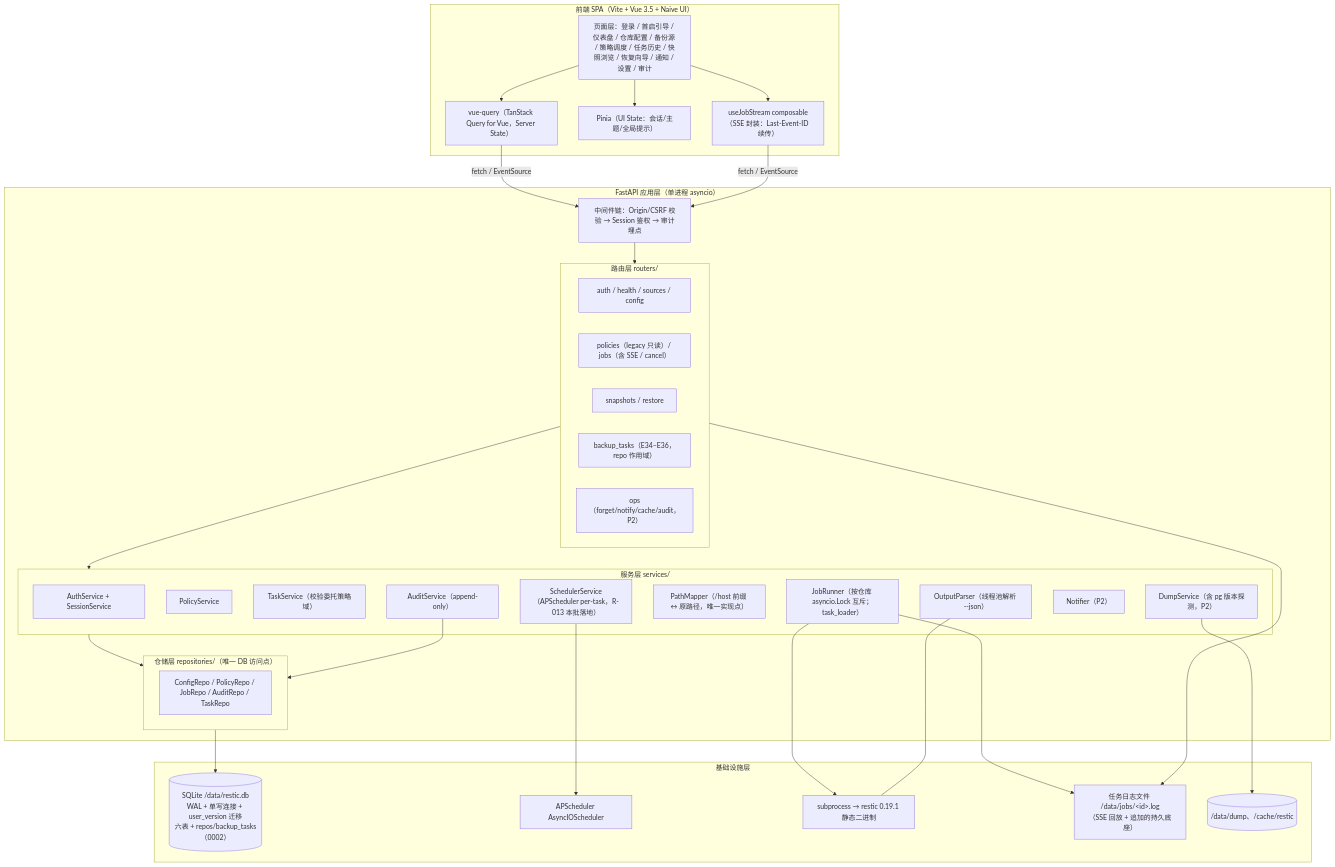
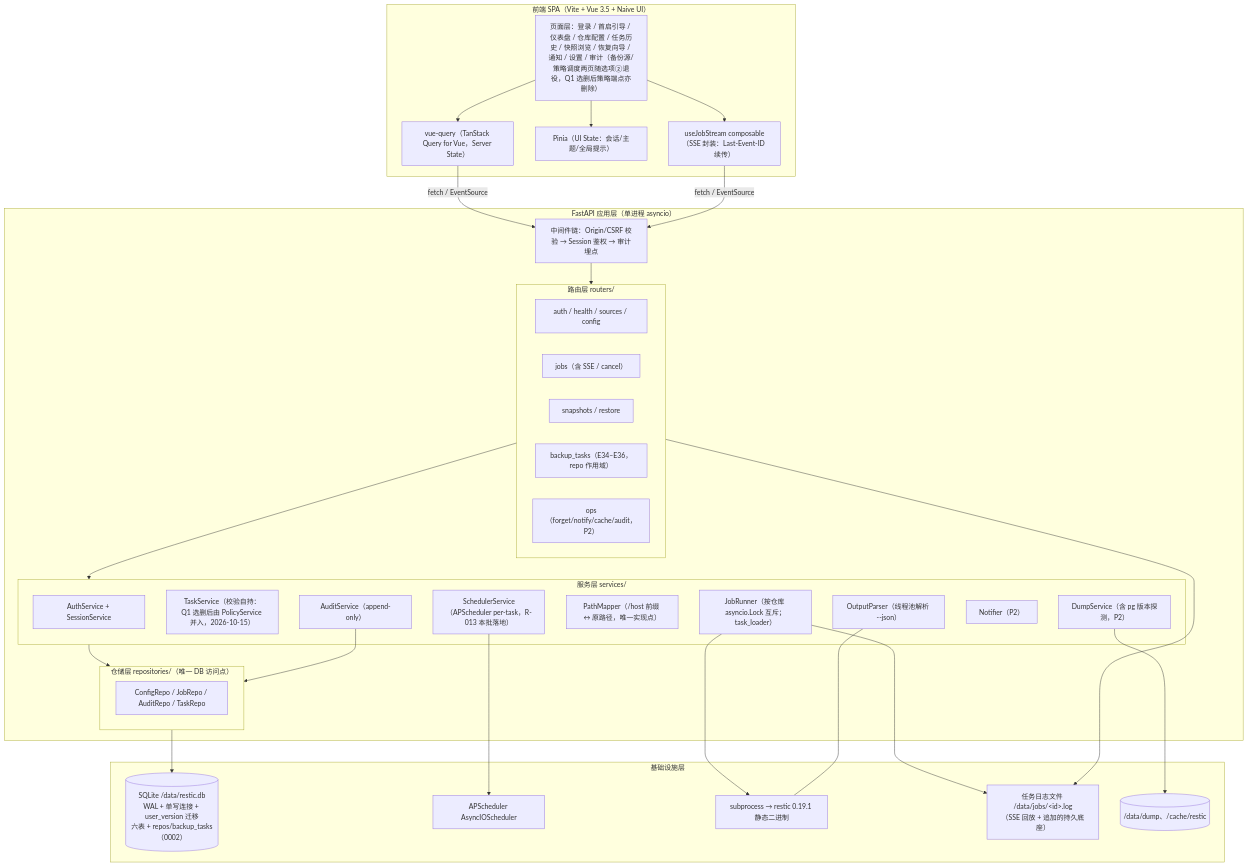
The first of 11 diagrams in web版/docs/架构设计文档.md (dolphin738/restic-docker-backup), drawn with Mermaid before and after one commit. The commit also changed other lines of this file, not shown here.

````diff
--- a/web版/docs/架构设计文档.md
+++ b/web版/docs/架构设计文档.md
@@ -19,57 +20,56 @@
 ```mermaid
 graph TB
     subgraph FE["前端 SPA（Vite + Vue 3.5 + Naive UI）"]
-        PAGES["页面层：登录 / 首启引导 / 仪表盘 / 仓库配置 / 备份源 / 策略调度 / 任务历史 / 快照浏览 / 恢复向导 / 通知 / 设置 / 审计"]
+        PAGES["页面层：登录 / 首启引导 / 仪表盘 / 仓库配置 / 任务历史 / 快照浏览 / 恢复向导 / 通知 / 设置 / 审计（备份源/策略调度两页随选项②退役，Q1 选删后策略端点亦删除）"]
         QUERY["vue-query（TanStack Query for Vue，Server State）"]
         ZS["Pinia（UI State：会话/主题/全局提示）"]
         SSECLI["useJobStream composable（SSE 封装：Last-Event-ID 续传）"]
     end
 
     subgraph APP["FastAPI 应用层（单进程 asyncio）"]
         MW["中间件链：Origin/CSRF 校验 → Session 鉴权 → 审计埋点"]
         subgraph RT["路由层 routers/"]
             R1["auth / health / sources / config"]
-            R2["policies（legacy 只读）/ jobs（含 SSE / cancel）"]
+            R2["jobs（含 SSE / cancel）"]
             R3["snapshots / restore"]
             R4["backup_tasks（E34–E36，repo 作用域）"]
             R5["ops（forget/notify/cache/audit，P2）"]
         end
         subgraph SVC["服务层 services/"]
             S1["AuthService + SessionService"]
-            S2["PolicyService"]
-            S2b["TaskService（校验委托策略域）"]
+            S2["TaskService（校验自持：Q1 选删后由 PolicyService 并入，2026-10-15）"]
             S3["JobRunner（按仓库 asyncio.Lock 互斥；task_loader）"]
             S4["OutputParser（线程池解析 --json）"]
             S5["PathMapper（/host 前缀 ↔ 原路径，唯一实现点）"]
             S6["SchedulerService（APScheduler per-task，R-013 本批落地）"]
             S7["DumpService（含 pg 版本探测，P2）"]
             S8["Notifier（P2）"]
             S9["AuditService（append-only）"]
         end
         subgraph REPO["仓储层 repositories/（唯一 DB 访问点）"]
-            RP["ConfigRepo / PolicyRepo / JobRepo / AuditRepo / TaskRepo"]
+            RP["ConfigRepo / JobRepo / AuditRepo / TaskRepo"]
         end
     end
 
     subgraph INFRA["基础设施层"]
         DB[("SQLite /data/restic.db<br/>WAL + 单写连接 + user_version 迁移<br/>六表 + repos/backup_tasks（0002）")]
         APS["APScheduler AsyncIOScheduler"]
         SP["subprocess → restic 0.19.1 静态二进制"]
         LOGF["任务日志文件 /data/jobs/&lt;id&gt;.log<br/>（SSE 回放 + 追加的持久底座）"]
         FS[("/data/dump、/cache/restic")]
     end
 
     PAGES --> QUERY & ZS & SSECLI
     QUERY & SSECLI -->|"fetch / EventSource"| MW
     MW --> RT
     RT --> SVC
     SVC --> REPO
     REPO --> DB
     S3 --> SP
     S4 --- SP
     S3 --> LOGF
     RT --> LOGF
     S6 --> APS
     S7 --> FS
     S9 --> REPO
 ```
````
